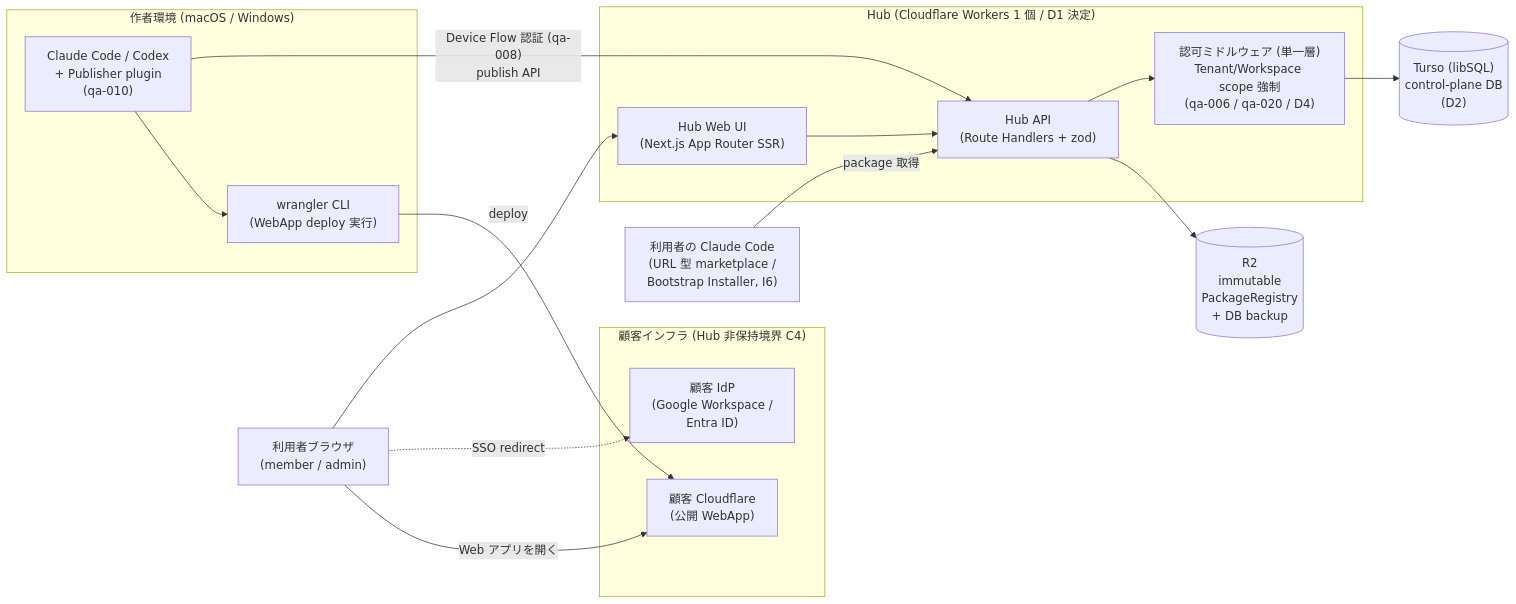
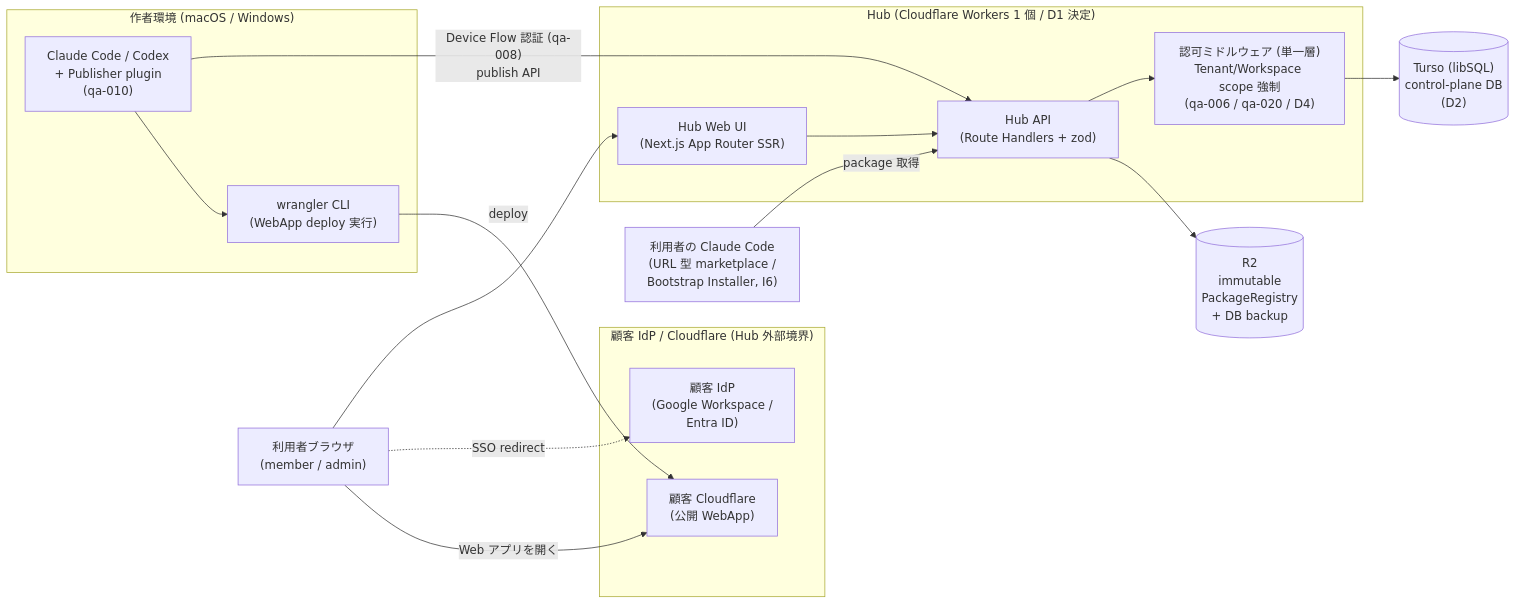
One commit to daishiman/HarnessHub changed the diagram in docs/system-design-overview.md. Above: the diagram before and after it, drawn with Mermaid. The commit also changed other lines of this file and 1083 other files, not shown here.

First line of the commit message:
task(SYS-HUB-FOUNDATION-P01): dev-graph 計画・要件成果物・検証証跡の一括反映

````diff
--- a/docs/system-design-overview.md
+++ b/docs/system-design-overview.md
@@ -14,30 +14,30 @@
 ```mermaid
 graph LR
     subgraph 作者環境["作者環境 (macOS / Windows)"]
         CC["Claude Code / Codex<br/>+ Publisher plugin<br/>(qa-010)"]
         WR["wrangler CLI<br/>(WebApp deploy 実行)"]
     end
-    subgraph 顧客側["顧客インフラ (Hub 非保持境界 C4)"]
+    subgraph 顧客側["顧客 IdP / Cloudflare (Hub 外部境界)"]
         IDP["顧客 IdP<br/>(Google Workspace /<br/>Entra ID)"]
         CFA["顧客 Cloudflare<br/>(公開 WebApp)"]
     end
     subgraph Hub["Hub (Cloudflare Workers 1 個 / D1 決定)"]
         UI["Hub Web UI<br/>(Next.js App Router SSR)"]
         API["Hub API<br/>(Route Handlers + zod)"]
         MW["認可ミドルウェア (単一層)<br/>Tenant/Workspace scope 強制<br/>(qa-006 / qa-020 / D4)"]
     end
     DB[("Turso (libSQL)<br/>control-plane DB<br/>(D2)")]
     R2[("R2<br/>immutable<br/>PackageRegistry<br/>+ DB backup")]
     USR["利用者ブラウザ<br/>(member / admin)"]
     CLI2["利用者の Claude Code<br/>(URL 型 marketplace /<br/>Bootstrap Installer, I6)"]
 
     CC -->|"Device Flow 認証 (qa-008)<br/>publish API"| API
     CC --> WR -->|deploy| CFA
     USR --> UI
     USR -.->|SSO redirect| IDP
     UI --> API
     API --> MW --> DB
     API --> R2
     CLI2 -->|package 取得| API
     USR -->|Web アプリを開く| CFA
 ```
````
